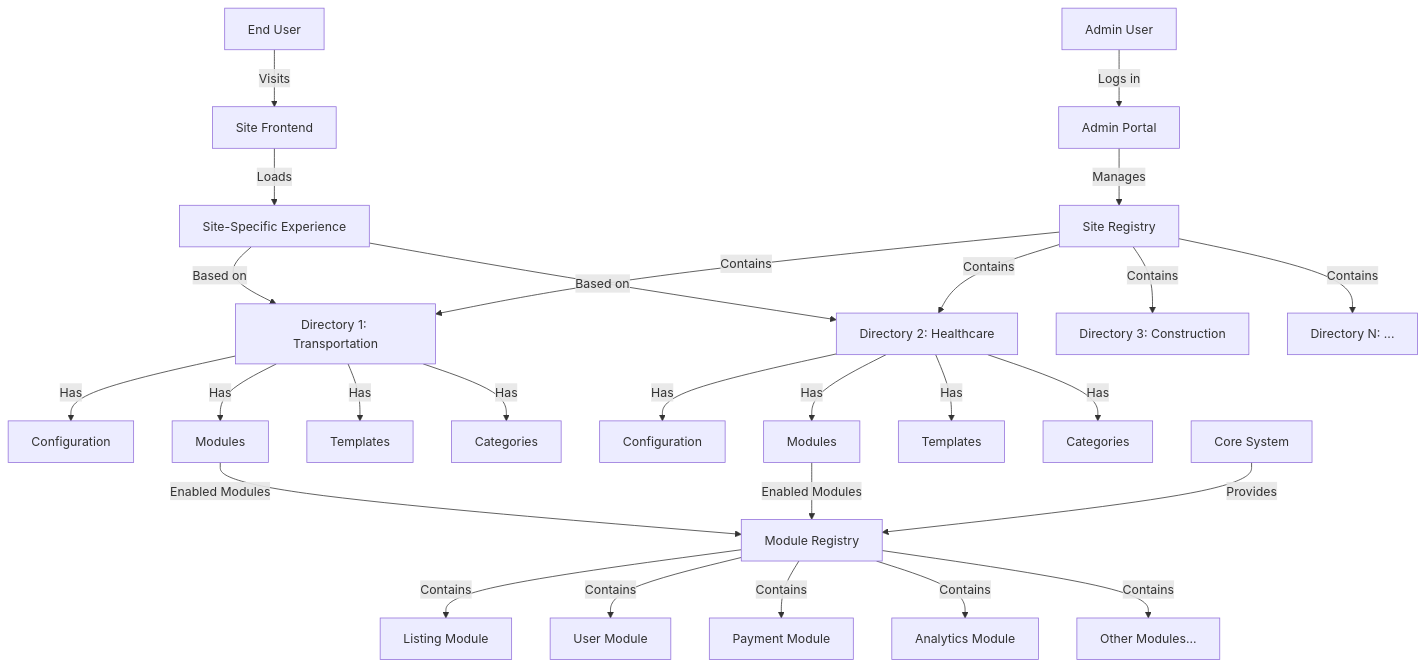
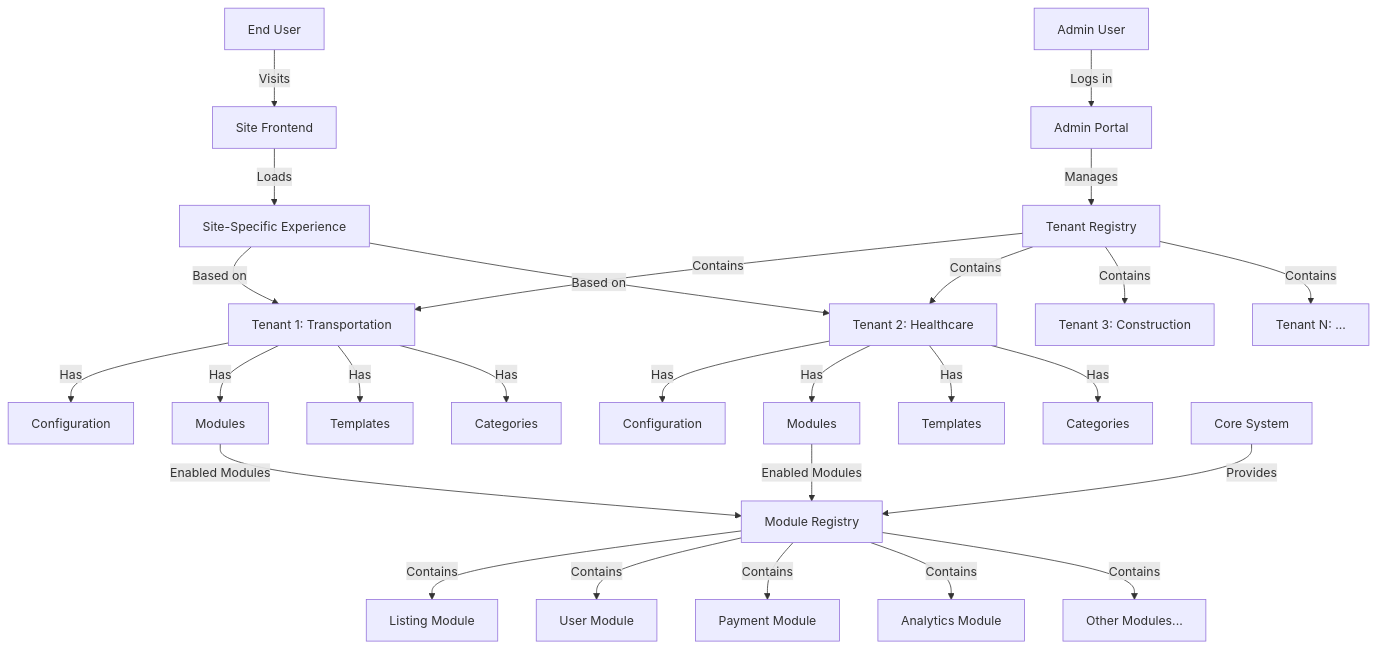
One commit to ruuderie/RustSvelteBusinessDirectory changed the diagram in multi-site_management.md. Above: the diagram before and after it, drawn with Mermaid. The commit also changed other lines of this file and 59 other files, not shown here.

````diff
--- a/multi-site_management.md
+++ b/multi-site_management.md
@@ -1,34 +1,34 @@
 ```mermaid
 graph TD
     A[Admin User] -->|Logs in| B[Admin Portal]
-    B -->|Manages| C[Site Registry]
-    C -->|Contains| D[Directory 1: Transportation]
-    C -->|Contains| E[Directory 2: Healthcare]
-    C -->|Contains| F[Directory 3: Construction]
-    C -->|Contains| G[Directory N: ...]
+    B -->|Manages| C[Tenant Registry]
+    C -->|Contains| D[Tenant 1: Transportation]
+    C -->|Contains| E[Tenant 2: Healthcare]
+    C -->|Contains| F[Tenant 3: Construction]
+    C -->|Contains| G[Tenant N: ...]
     
     D -->|Has| D1[Configuration]
     D -->|Has| D2[Modules]
     D -->|Has| D3[Templates]
     D -->|Has| D4[Categories]
     
     E -->|Has| E1[Configuration]
     E -->|Has| E2[Modules]
     E -->|Has| E3[Templates]
     E -->|Has| E4[Categories]
     
     H[Core System] -->|Provides| I[Module Registry]
     I -->|Contains| I1[Listing Module]
     I -->|Contains| I2[User Module]
     I -->|Contains| I3[Payment Module]
     I -->|Contains| I4[Analytics Module]
     I -->|Contains| I5[Other Modules...]
     
     D2 -->|Enabled Modules| I
     E2 -->|Enabled Modules| I
     
     J[End User] -->|Visits| K[Site Frontend]
     K -->|Loads| L[Site-Specific Experience]
     L -->|Based on| D
     L -->|Based on| E
 ```
````
